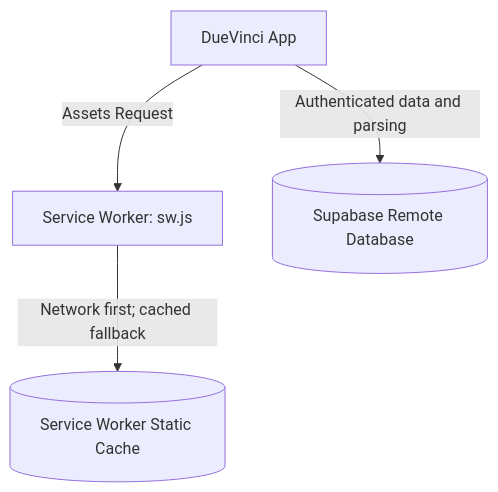
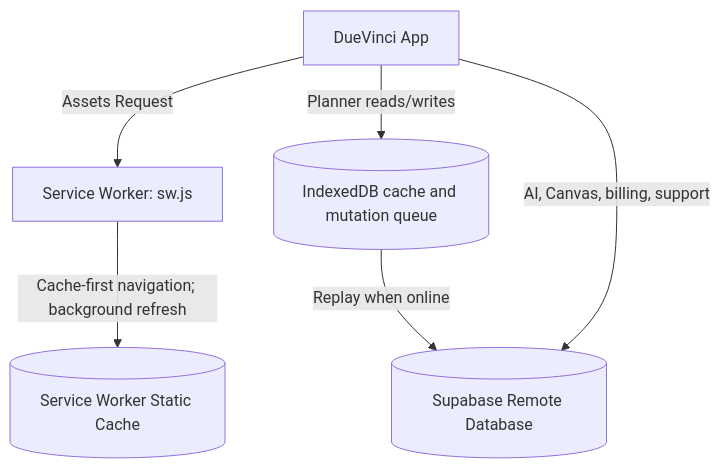
One commit to saappleg/DueVinci changed the diagram in wiki/Offline-Support-&-PWA.md. Above: the diagram before and after it, drawn with Mermaid. The commit also changed other lines of this file and 9 other files, not shown here.

````diff
--- a/wiki/Offline-Support-&-PWA.md
+++ b/wiki/Offline-Support-&-PWA.md
@@ -9,11 +14,13 @@
 ```mermaid
 flowchart TD
     App[DueVinci App]
     SW[Service Worker: sw.js]
     Cache[(Service Worker Static Cache)]
     Cloud[(Supabase Remote Database)]
 
     App -- "Assets Request" --> SW
-    SW -- "Network first; cached fallback" --> Cache
-    App -- "Authenticated data and parsing" --> Cloud
+    SW -- "Cache-first navigation; background refresh" --> Cache
+    App -- "Planner reads/writes" --> LocalDB[(IndexedDB cache and mutation queue)]
+    LocalDB -- "Replay when online" --> Cloud
+    App -- "AI, Canvas, billing, support" --> Cloud
 ```
````
